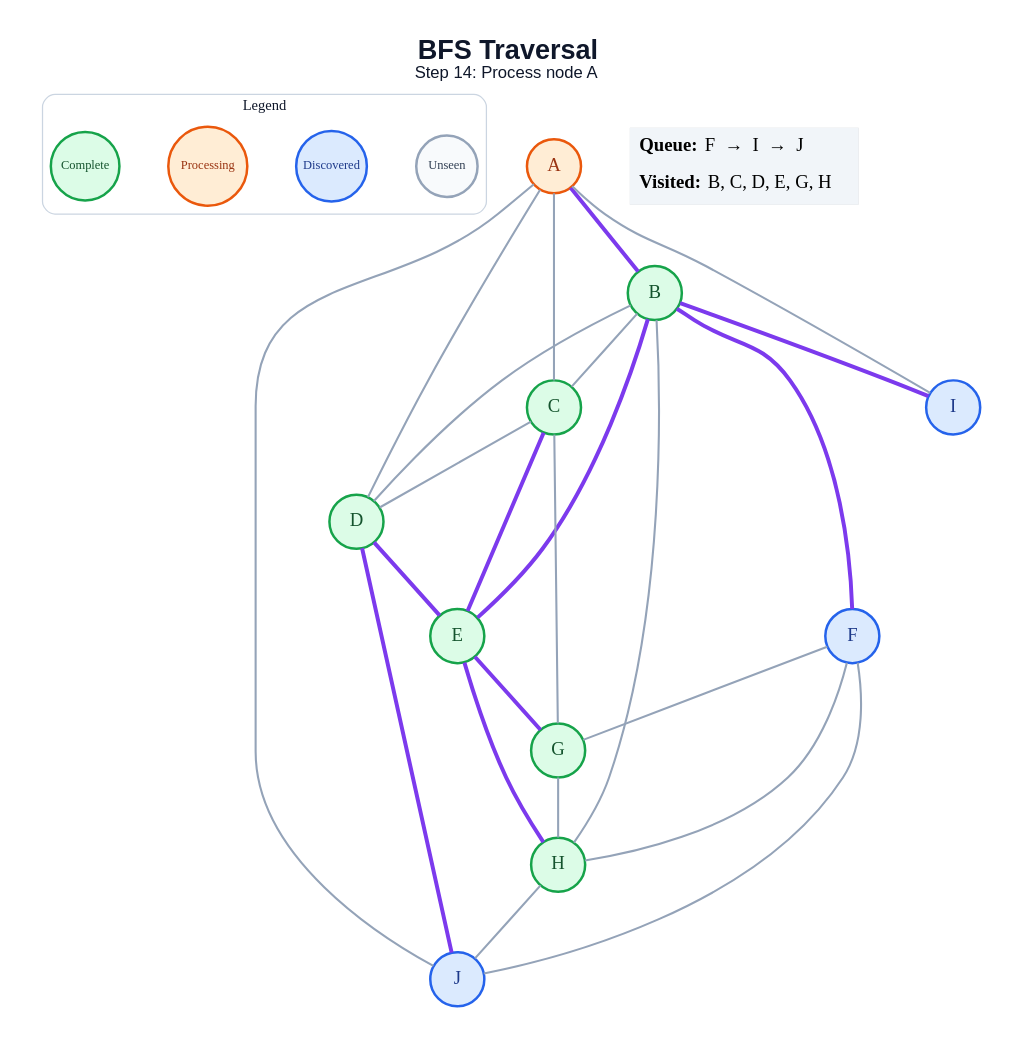
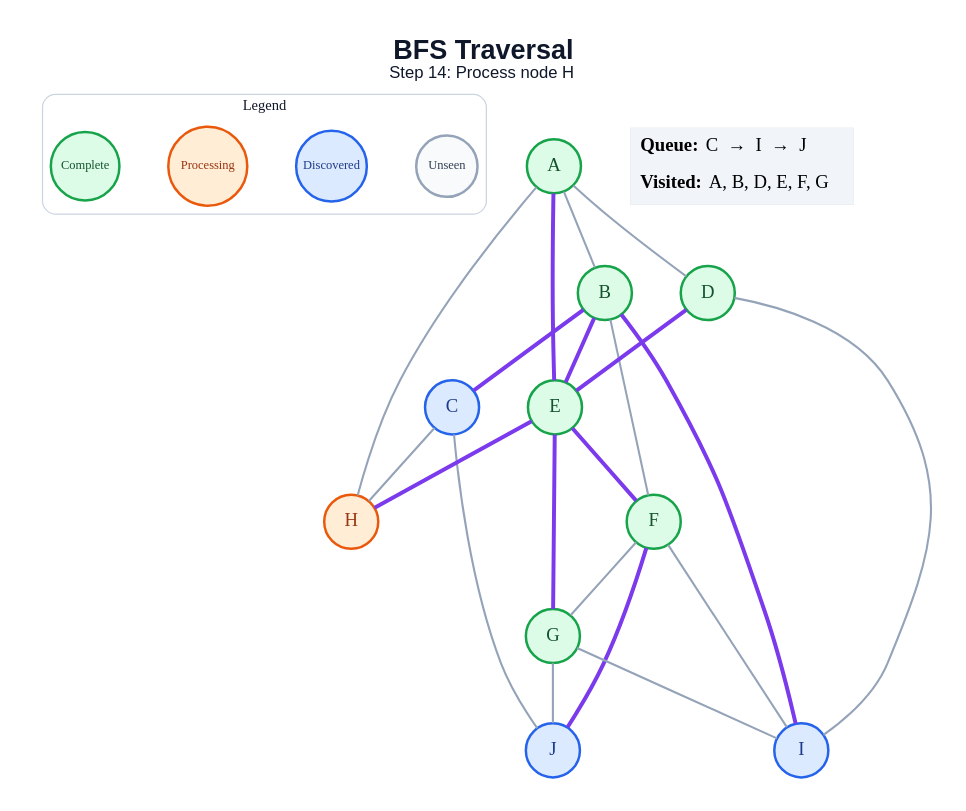
One commit to amanghodawala9/ai-slop changed the diagram in generated/specific-node/bfs/step_14.dot. Above: the diagram before and after it, drawn with Graphviz. The commit also changed 178 other files, not shown here.

```diff
--- a/generated/specific-node/bfs/step_14.dot
+++ b/generated/specific-node/bfs/step_14.dot
@@ -1,52 +1,49 @@
 graph traversal {
   graph [layout=dot, rankdir=TB, bgcolor="#FFFFFF", pad="0.35", nodesep="0.65", ranksep="0.8", fontname="Arial"];
   node [shape=circle, style="filled", fontname="Arial Bold", fontsize=18, width=0.72, fixedsize=true, penwidth=2.4];
   edge [color="#94A3B8", penwidth=2.0];
-  label=<<B>BFS Traversal</B><BR/><FONT POINT-SIZE="16">Step 14: Process node A</FONT>>; labelloc="t"; fontsize=26; fontname="Arial"; fontcolor="#0F172A";
+  label=<<B>BFS Traversal</B><BR/><FONT POINT-SIZE="16">Step 14: Process node H</FONT>>; labelloc="t"; fontsize=26; fontname="Arial"; fontcolor="#0F172A";
   subgraph cluster_legend { label="Legend"; color="#CBD5E1"; penwidth=1.2; style="rounded"; fontsize=14; fontname="Arial Bold";
     key_unseen [label="Unseen", fillcolor="#F8FAFC", color="#94A3B8", fontcolor="#334155", fontsize=12, width=0.82];
     key_frontier [label="Discovered", fillcolor="#DBEAFE", color="#2563EB", fontcolor="#1E3A8A", fontsize=12, width=0.95];
     key_current [label="Processing", fillcolor="#FFEDD5", color="#EA580C", fontcolor="#9A3412", fontsize=12, width=1.05];
     key_done [label="Complete", fillcolor="#DCFCE7", color="#16A34A", fontcolor="#14532D", fontsize=12, width=0.92];
     { rank=same; key_unseen; key_frontier; key_current; key_done; }
   }
-  A [fillcolor="#FFEDD5", color="#EA580C", fontcolor="#9A3412"];
+  A [fillcolor="#DCFCE7", color="#16A34A", fontcolor="#14532D"];
   B [fillcolor="#DCFCE7", color="#16A34A", fontcolor="#14532D"];
-  C [fillcolor="#DCFCE7", color="#16A34A", fontcolor="#14532D"];
+  C [fillcolor="#DBEAFE", color="#2563EB", fontcolor="#1E3A8A"];
   D [fillcolor="#DCFCE7", color="#16A34A", fontcolor="#14532D"];
   E [fillcolor="#DCFCE7", color="#16A34A", fontcolor="#14532D"];
-  F [fillcolor="#DBEAFE", color="#2563EB", fontcolor="#1E3A8A"];
+  F [fillcolor="#DCFCE7", color="#16A34A", fontcolor="#14532D"];
   G [fillcolor="#DCFCE7", color="#16A34A", fontcolor="#14532D"];
-  H [fillcolor="#DCFCE7", color="#16A34A", fontcolor="#14532D"];
+  H [fillcolor="#FFEDD5", color="#EA580C", fontcolor="#9A3412"];
   I [fillcolor="#DBEAFE", color="#2563EB", fontcolor="#1E3A8A"];
   J [fillcolor="#DBEAFE", color="#2563EB", fontcolor="#1E3A8A"];
-  A -- B [color="#7C3AED", penwidth=3.8];
-  A -- C;
+  A -- B;
   A -- D;
-  A -- I;
-  A -- J;
-  B -- C;
-  B -- D;
+  A -- E [color="#7C3AED", penwidth=3.8];
+  A -- H;
+  B -- C [color="#7C3AED", penwidth=3.8];
   B -- E [color="#7C3AED", penwidth=3.8];
-  B -- F [color="#7C3AED", penwidth=3.8];
-  B -- H;
+  B -- F;
   B -- I [color="#7C3AED", penwidth=3.8];
-  C -- D;
-  C -- E [color="#7C3AED", penwidth=3.8];
-  C -- G;
+  C -- H;
+  C -- J;
   D -- E [color="#7C3AED", penwidth=3.8];
-  D -- J [color="#7C3AED", penwidth=3.8];
+  D -- I;
+  E -- F [color="#7C3AED", penwidth=3.8];
   E -- G [color="#7C3AED", penwidth=3.8];
   E -- H [color="#7C3AED", penwidth=3.8];
   F -- G;
-  F -- H;
-  F -- J;
-  G -- H;
-  H -- J;
+  F -- I;
+  F -- J [color="#7C3AED", penwidth=3.8];
+  G -- I;
+  G -- J;
   status [shape=plain, fixedsize=false, width=0, height=0, margin=0, label=<
     <TABLE BORDER="0" CELLBORDER="0" CELLPADDING="7" BGCOLOR="#F1F5F9">
-      <TR><TD ALIGN="LEFT"><B>Queue:</B> F  →  I  →  J</TD></TR>
-      <TR><TD ALIGN="LEFT"><B>Visited:</B> B, C, D, E, G, H</TD></TR>
+      <TR><TD ALIGN="LEFT"><B>Queue:</B> C  →  I  →  J</TD></TR>
+      <TR><TD ALIGN="LEFT"><B>Visited:</B> A, B, D, E, F, G</TD></TR>
     </TABLE>
   >];
 }
```
